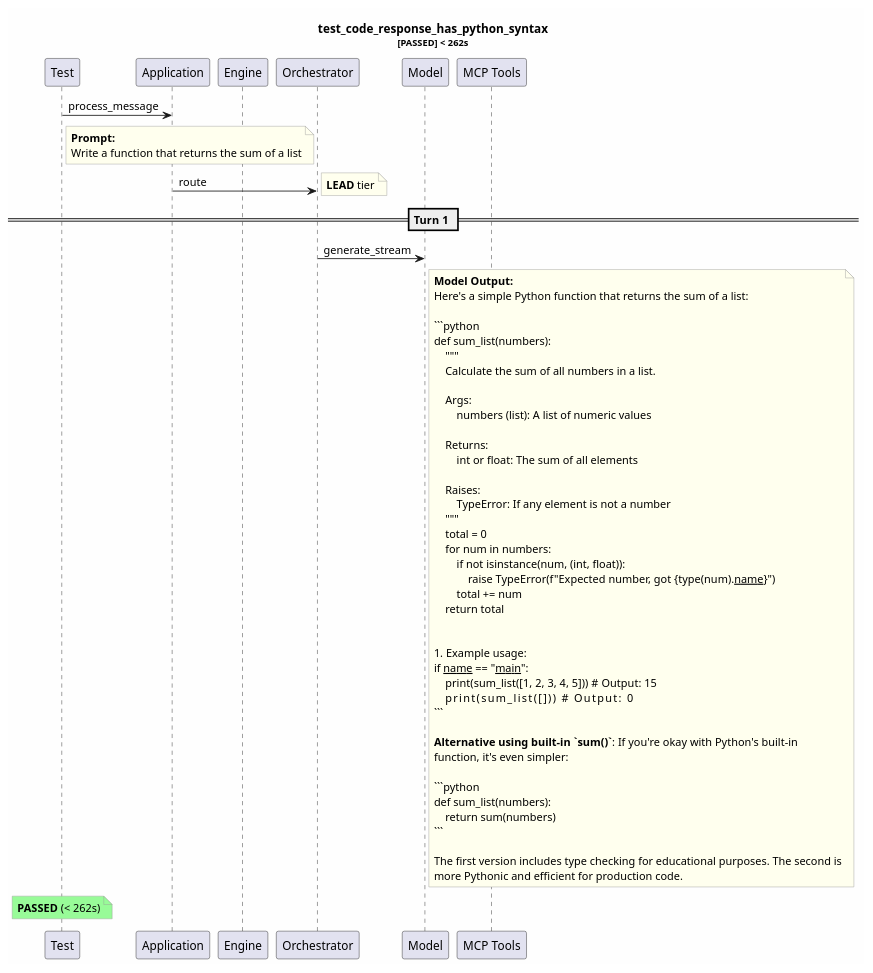
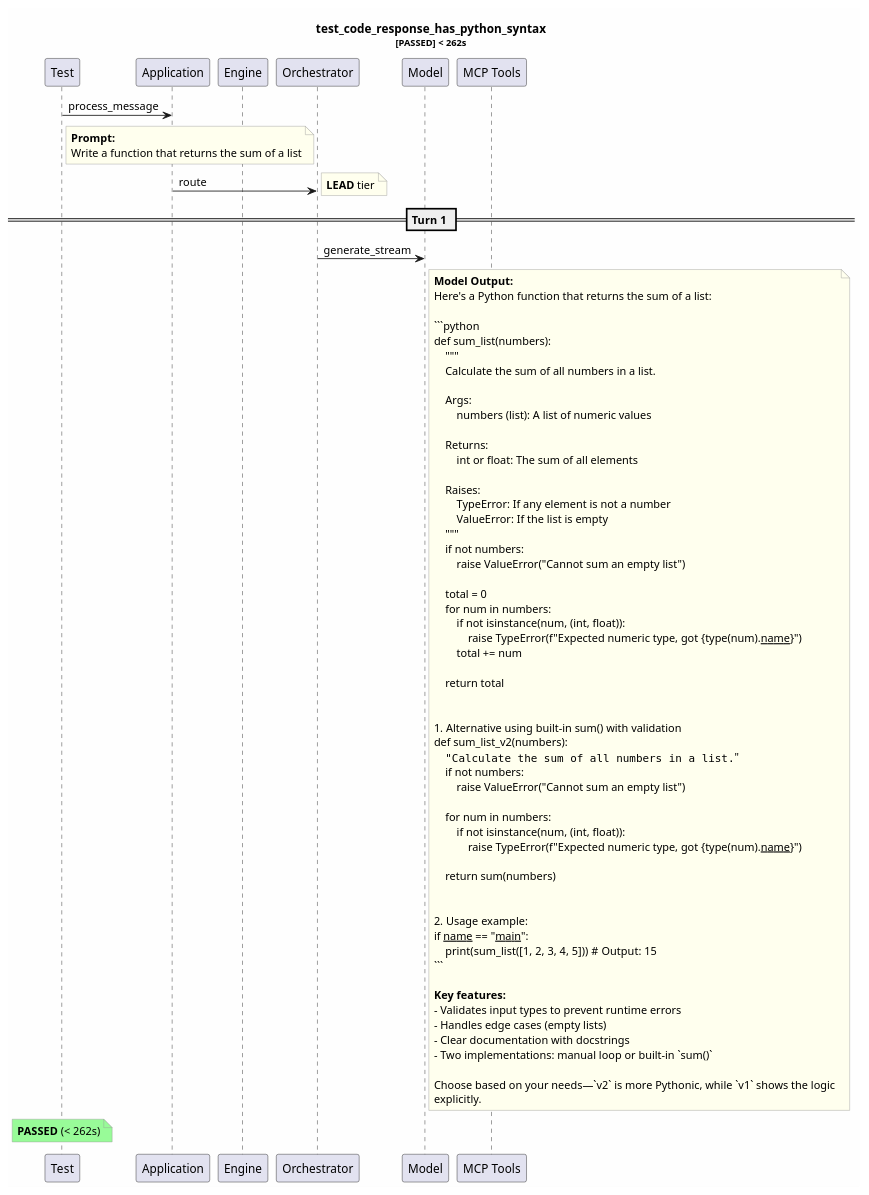
Before and after one commit to tvanfossen/entropic: the diagram in test-reports/logs/test_code_response_has_python_syntax/test_code_response_has_python_syntax.puml, drawn with PlantUML. The commit also changed 35 other files, not shown here.

````diff
--- a/test-reports/logs/test_code_response_has_python_syntax/test_code_response_has_python_syntax.puml
+++ b/test-reports/logs/test_code_response_has_python_syntax/test_code_response_has_python_syntax.puml
@@ -1,70 +1,85 @@
 @startuml
 skinparam backgroundColor #FEFEFE
 skinparam noteBorderColor #999999
 skinparam noteBackgroundColor #FFFFEE
 title test_code_response_has_python_syntax\n<size:11>[PASSED] < 262s</size>
 
 participant "Test" as T
 participant "Application" as App
 participant "Engine" as Eng
 participant "Orchestrator" as Orch
 participant "Model" as Mdl
 participant "MCP Tools" as MCP
 
 T -> App: process_message
 note right of T
   **Prompt:**
   Write a function that returns the sum of a list
 end note
 App -> Orch: route
 note right: **LEAD** tier
 == Turn 1 ==
 Orch -> Mdl: generate_stream
 note right of Mdl
   **Model Output:**
-  Here's a simple Python function that returns the sum of a list:
+  Here's a Python function that returns the sum of a list:
   
   ```python
   def sum_list(numbers):
       """
       Calculate the sum of all numbers in a list.
       
       Args:
           numbers (list): A list of numeric values
           
       Returns:
           int or float: The sum of all elements
           
       Raises:
           TypeError: If any element is not a number
+          ValueError: If the list is empty
       """
+      if not numbers:
+          raise ValueError("Cannot sum an empty list")
+      
       total = 0
       for num in numbers:
           if not isinstance(num, (int, float)):
-              raise TypeError(f"Expected number, got {type(num).__name__}")
+              raise TypeError(f"Expected numeric type, got {type(num).__name__}")
           total += num
+      
       return total
   
   
-  # Example usage:
+  # Alternative using built-in sum() with validation
+  def sum_list_v2(numbers):
+      """Calculate the sum of all numbers in a list."""
+      if not numbers:
+          raise ValueError("Cannot sum an empty list")
+      
+      for num in numbers:
+          if not isinstance(num, (int, float)):
+              raise TypeError(f"Expected numeric type, got {type(num).__name__}")
+      
+      return sum(numbers)
+  
+  
+  # Usage example:
   if __name__ == "__main__":
       print(sum_list([1, 2, 3, 4, 5]))  # Output: 15
-      print(sum_list([]))               # Output: 0
   ```
   
-  **Alternative using built-in `sum()`**: If you're okay with Python's built-in 
-  function, it's even simpler:
+  **Key features:**
+  - Validates input types to prevent runtime errors
+  - Handles edge cases (empty lists)
+  - Clear documentation with docstrings
+  - Two implementations: manual loop or built-in `sum()`
   
-  ```python
-  def sum_list(numbers):
-      return sum(numbers)
-  ```
-  
-  The first version includes type checking for educational purposes. The second is
-  more Pythonic and efficient for production code.
+  Choose based on your needs—`v2` is more Pythonic, while `v1` shows the logic 
+  explicitly.
 end note
 note over T #palegreen
   **PASSED** (< 262s)
 end note
 
 @enduml
````
